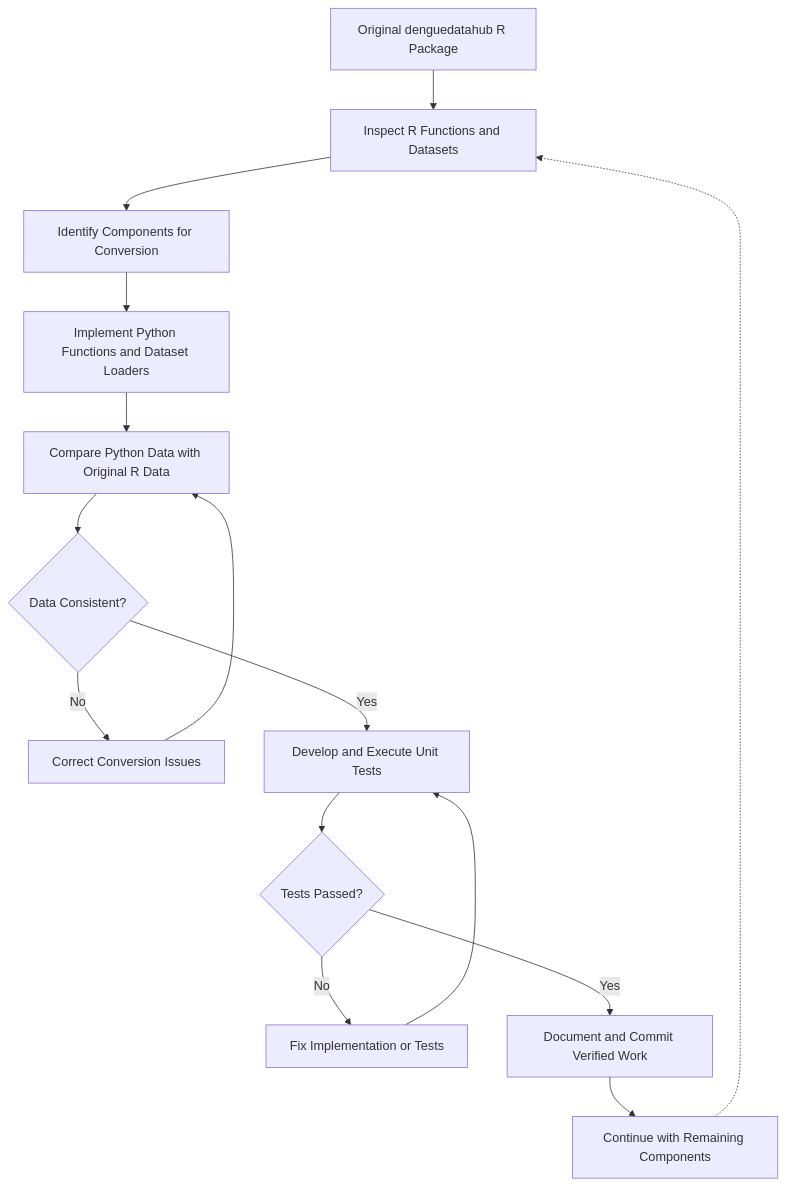
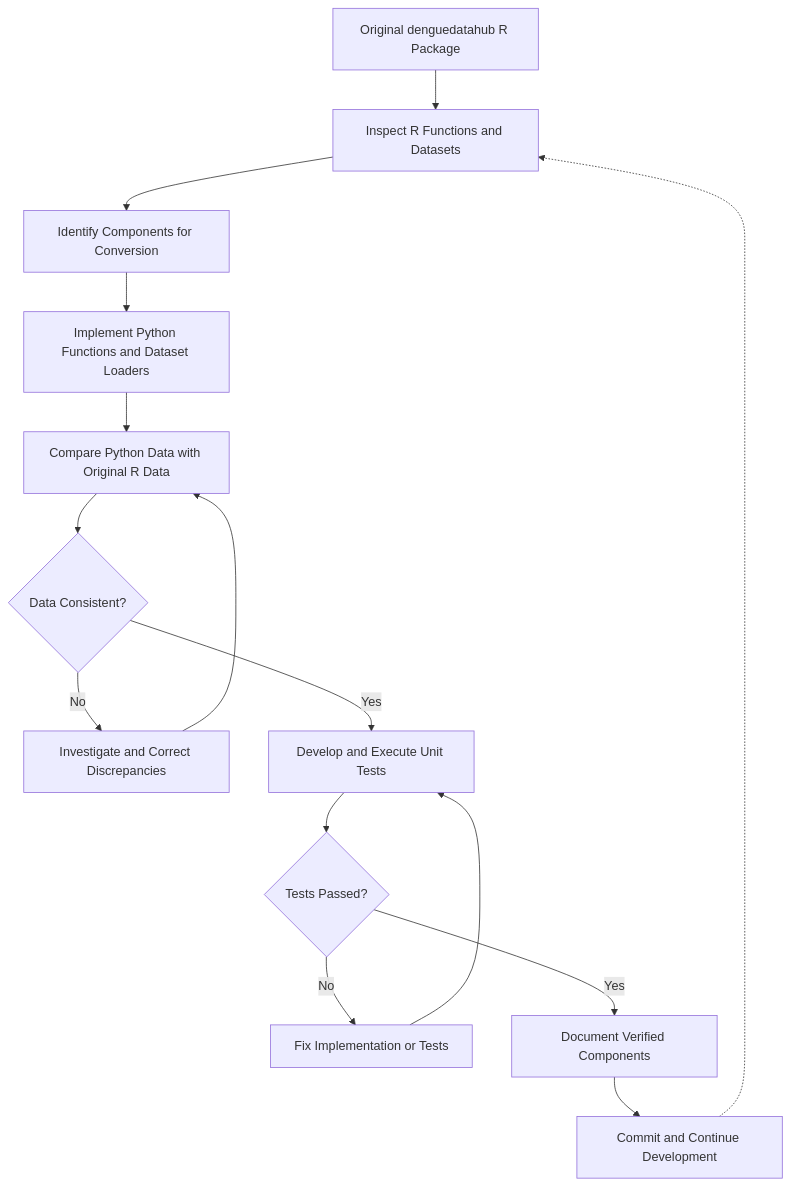
Before and after one commit to thiyangt/denguedatahubpythonicway: the diagram in README.md, drawn with Mermaid. The commit also changed other lines of this file, not shown here.

````diff
--- a/README.md
+++ b/README.md
@@ -91,30 +96,30 @@
 ```mermaid
 flowchart TD
     A["Original denguedatahub R Package"]
     B["Inspect R Functions and Datasets"]
     C["Identify Components for Conversion"]
     D["Implement Python Functions and Dataset Loaders"]
     E["Compare Python Data with Original R Data"]
     F{"Data Consistent?"}
-    G["Correct Conversion Issues"]
+    G["Investigate and Correct Discrepancies"]
     H["Develop and Execute Unit Tests"]
     I{"Tests Passed?"}
     J["Fix Implementation or Tests"]
-    K["Document and Commit Verified Work"]
-    L["Continue with Remaining Components"]
+    K["Document Verified Components"]
+    L["Commit and Continue Development"]
 
     A --> B
     B --> C
     C --> D
     D --> E
     E --> F
     F -- No --> G
     G --> E
     F -- Yes --> H
     H --> I
     I -- No --> J
     J --> H
     I -- Yes --> K
     K --> L
     L -.-> B
 ```
````
